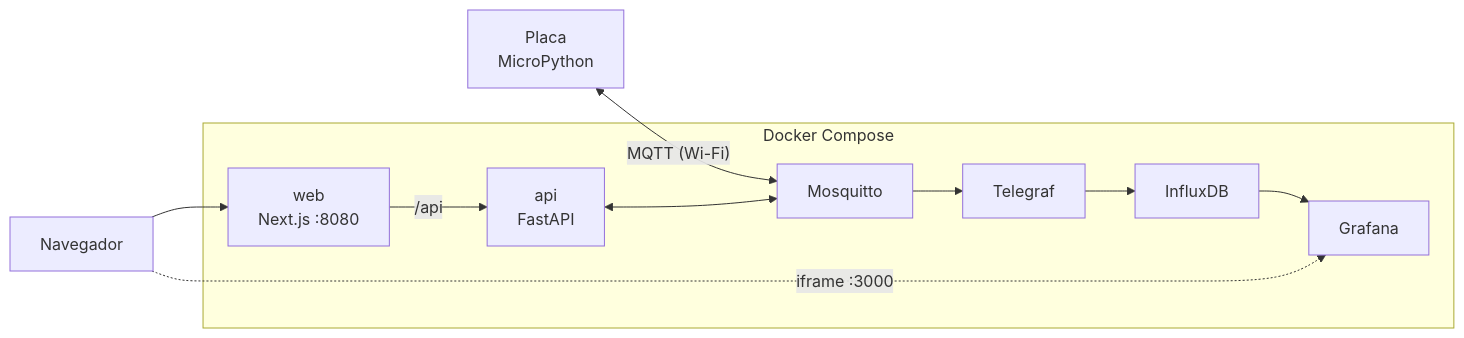
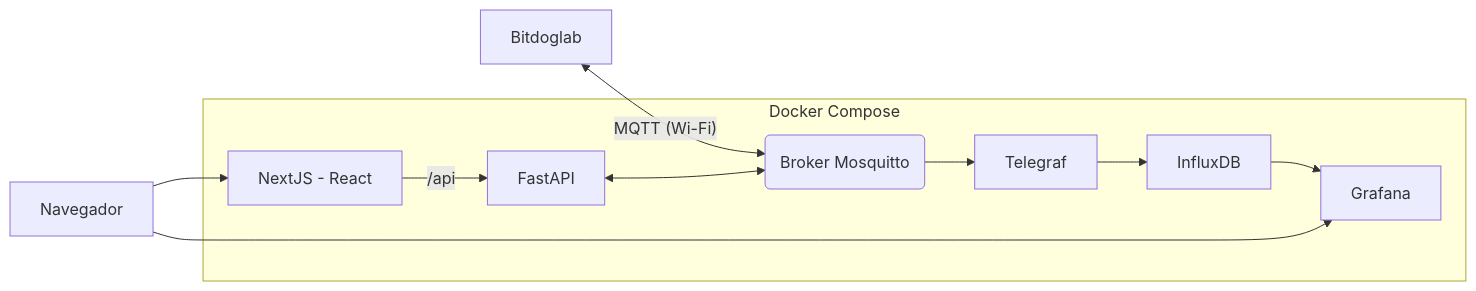
One commit to Mateus-David/CultivIa changed the diagram in README.md. Above: the diagram before and after it, drawn with Mermaid. The commit also changed other lines of this file and 54 other files, not shown here.

````diff
--- a/README.md
+++ b/README.md
@@ -9,11 +9,11 @@
 ```mermaid
 flowchart LR
-    Placa["Placa<br/>MicroPython"] <-- "MQTT (Wi-Fi)" --> Mosquitto
+    Placa["Bitdoglab"] <-- "MQTT (Wi-Fi)" --> Mosquitto(Broker Mosquitto)
     subgraph Docker Compose
-        Mosquitto --> Telegraf --> InfluxDB --> Grafana
-        Web["web<br/>Next.js :8080"] -- "/api" --> API["api<br/>FastAPI"]
+        Mosquitto(Broker Mosquitto) --> Telegraf --> InfluxDB --> Grafana
+        Web["NextJS - React"] -- "/api" --> API["FastAPI"]
         API <--> Mosquitto
     end
     Navegador --> Web
-    Navegador -. "iframe :3000" .-> Grafana
+    Navegador --> Grafana
 ```
````
